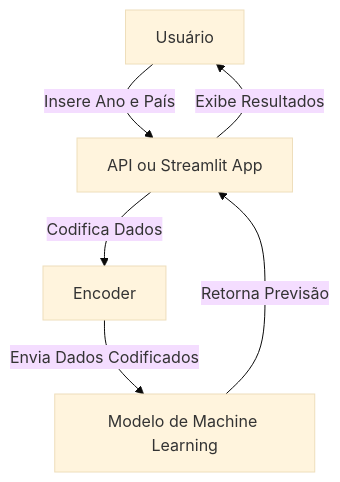
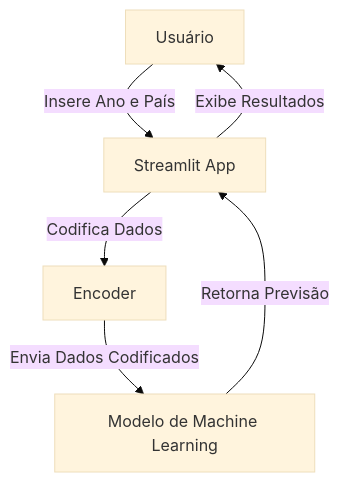
Before and after one commit to diegoalber1/ml-tech-fiap-vitivinicultura-api: the tenth of 10 diagrams in README.md, drawn with Mermaid (base theme).

Commit message:
readme changes

````diff
--- a/README.md
+++ b/README.md
@@ -486,8 +486,8 @@
 ```mermaid
 graph TD;
-    A[Usuário] -->|Insere Ano e País| B[API ou Streamlit App]
+    A[Usuário] -->|Insere Ano e País| B[Streamlit App]
     B -->|Codifica Dados| C[Encoder]
     C -->|Envia Dados Codificados| D[Modelo de Machine Learning]
     D -->|Retorna Previsão| B
     B -->|Exibe Resultados| A
 ```
````
